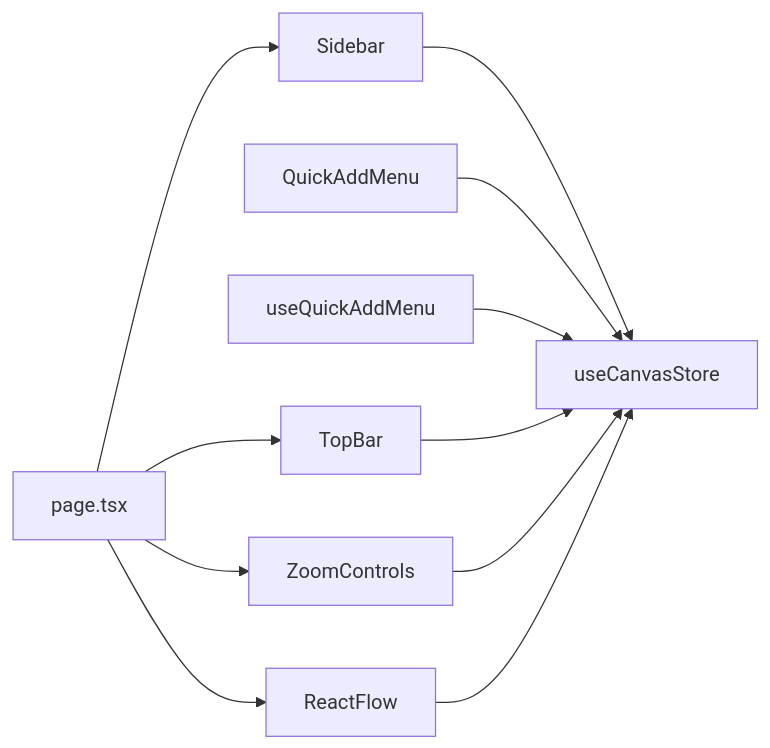
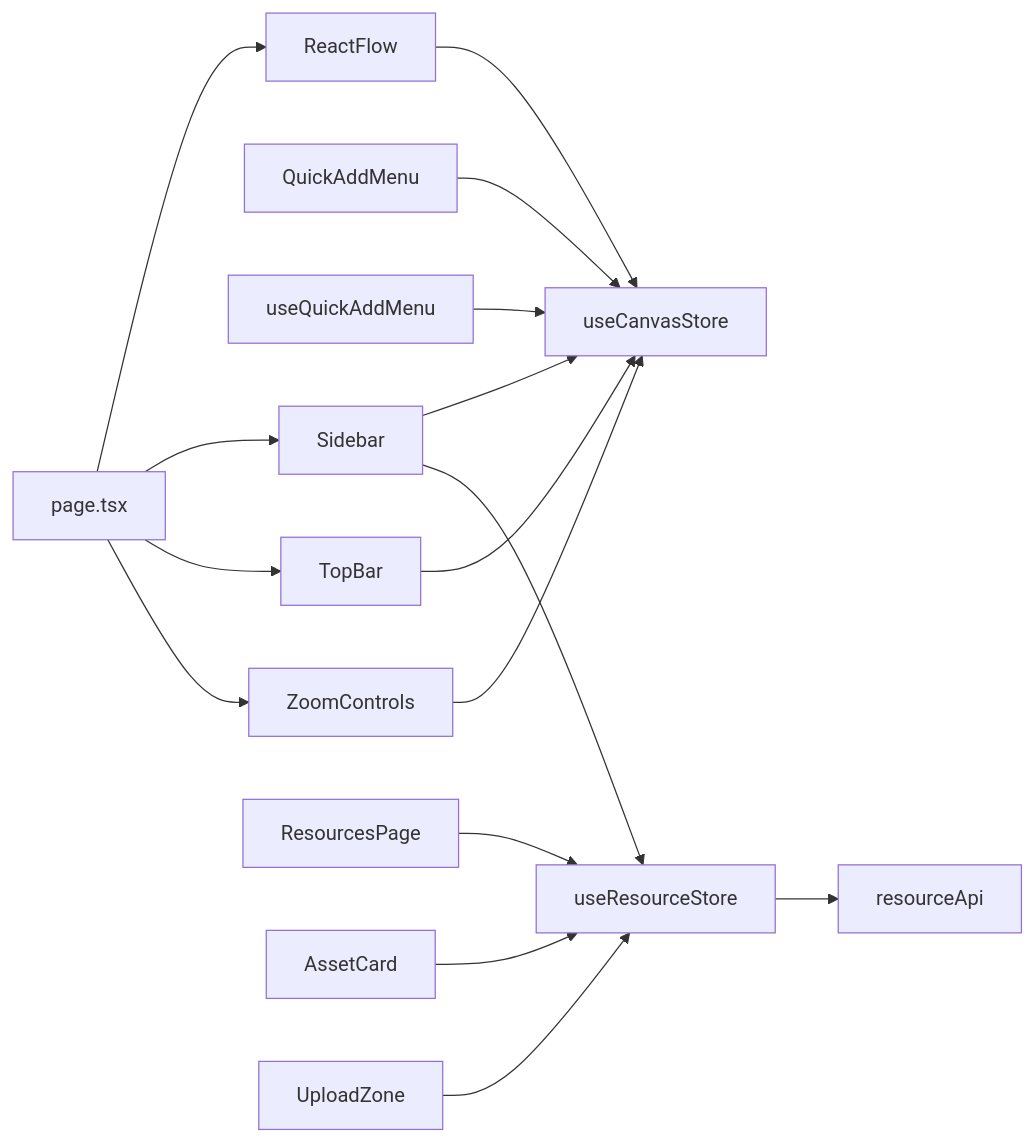
One commit to KunLabAI/KunFlix changed the fifth of 5 diagrams in .qoder/repowiki/zh/content/前端应用架构/UI组件库/画布组件系统/侧边栏系统.md. Above: the diagram before and after it, drawn with Mermaid. The commit also changed other lines of this file and 20 other files, not shown here.

````diff
--- a/.qoder/repowiki/zh/content/前端应用架构/UI组件库/画布组件系统/侧边栏系统.md
+++ b/.qoder/repowiki/zh/content/前端应用架构/UI组件库/画布组件系统/侧边栏系统.md
@@ -229,13 +299,18 @@
 ```mermaid
 graph LR
 SB["Sidebar"] --> ST["useCanvasStore"]
+SB --> RS["useResourceStore"]
 QM["QuickAddMenu"] --> ST
 Hook["useQuickAddMenu"] --> ST
 TB["TopBar"] --> ST
 ZC["ZoomControls"] --> ST
 RF["ReactFlow"] --> ST
+RP["ResourcesPage"] --> RS
+AC["AssetCard"] --> RS
+UZ["UploadZone"] --> RS
+RS --> RA["resourceApi"]
 Page["page.tsx"] --> RF
 Page --> SB
 Page --> TB
 Page --> ZC
 ```
````
